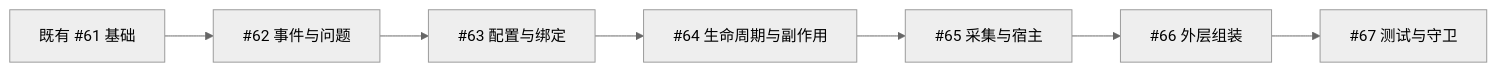
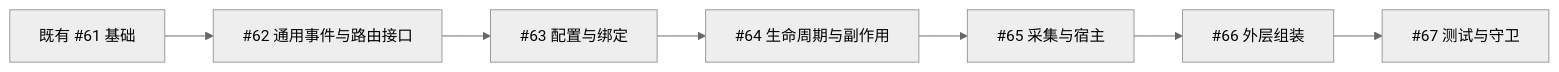
The second of 2 diagrams in docs/roadmap/execution-map.md (erranliu/SteerLine), drawn with Mermaid (neutral theme) before and after one commit. The commit also changed other lines of this file and 53 other files, not shown here.

````diff
--- a/docs/roadmap/execution-map.md
+++ b/docs/roadmap/execution-map.md
@@ -86,9 +85,9 @@
 ```mermaid
 flowchart LR
-    Foundation["既有 #61 基础"] --> C62["#62 事件与问题"]
-    C62 --> C63["#63 配置与绑定"]
+    Foundation["既有 #61 基础"] --> E62["#62 通用事件与路由接口"]
+    E62 --> C63["#63 配置与绑定"]
     C63 --> C64["#64 生命周期与副作用"]
     C64 --> C65["#65 采集与宿主"]
     C65 --> C66["#66 外层组装"]
     C66 --> C67["#67 测试与守卫"]
 ```
````
